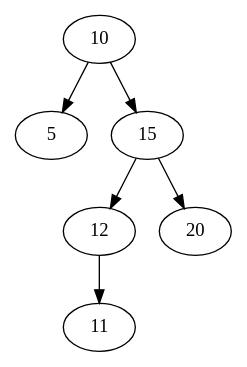
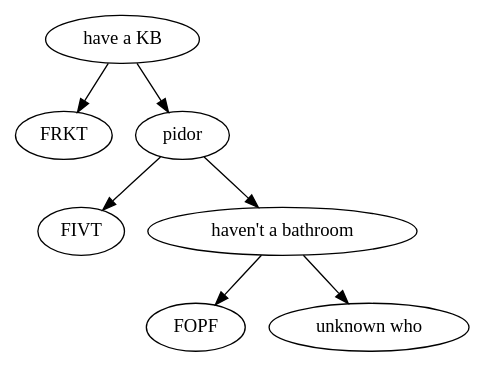
One commit to egor7531/Akinator changed the diagram in Dump.dot. Above: the diagram before and after it, drawn with Graphviz. The commit also changed 5 other files, not shown here.

```diff
--- a/Dump.dot
+++ b/Dump.dot
@@ -1,15 +1,17 @@
 digraph Tree
 {
 rankdir = TB;
-node_8197648 [label = "10"];
-node_8197648 -> node_8197736;
-node_8197736 [label = "5"];
-node_8197648 -> node_8197824;
-node_8197824 [label = "15"];
-node_8197824 -> node_8197912;
-node_8197912 [label = "12"];
-node_8197912 -> node_8198000;
-node_8198000 [label = "11"];
-node_8197824 -> node_8198088;
-node_8198088 [label = "20"];
+node_7281032 [label = "have a KB"];
+node_7281032 -> node_7285392;
+node_7285392 [label = "FRKT"];
+node_7281032 -> node_7285480;
+node_7285480 [label = "pidor"];
+node_7285480 -> node_7289672;
+node_7289672 [label = "FIVT"];
+node_7285480 -> node_7289760;
+node_7289760 [label = "haven't a bathroom"];
+node_7289760 -> node_7289848;
+node_7289848 [label = "FOPF"];
+node_7289760 -> node_7289936;
+node_7289936 [label = "unknown who"];
 }
```
